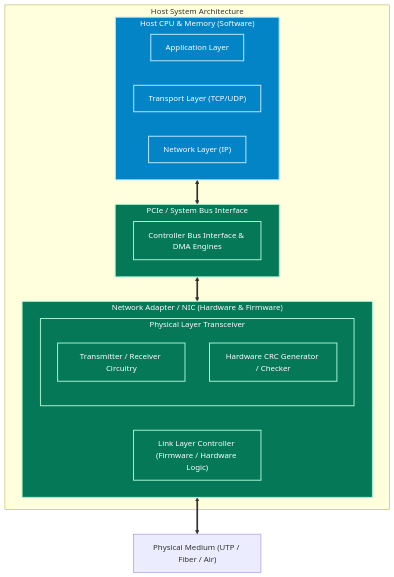
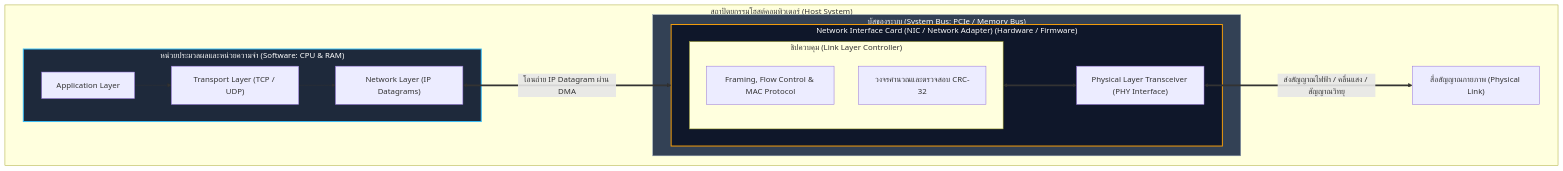
The second of 7 diagrams in 05_Wiki/Chapter_06_Link_Layer_and_Wireless/01_Lecture_06_Chapter_6_Link_Layer_and_LANs_v9.md (kanomoo/computer-network-and-Internet), drawn with Mermaid before and after one commit. The commit also changed other lines of this file and 8 other files, not shown here.

````diff
--- a/05_Wiki/Chapter_06_Link_Layer_and_Wireless/01_Lecture_06_Chapter_6_Link_Layer_and_LANs_v9.md
+++ b/05_Wiki/Chapter_06_Link_Layer_and_Wireless/01_Lecture_06_Chapter_6_Link_Layer_and_LANs_v9.md
@@ -196,31 +431,33 @@
 ```mermaid
 flowchart TD
-    subgraph HostArchitecture ["Host System Architecture"]
-        subgraph CPU_RAM ["Host CPU & Memory (Software)"]
+    subgraph HostArch ["สถาปัตยกรรมโฮสต์คอมพิวเตอร์ (Host System)"]
+        subgraph CPU_OS ["หน่วยประมวลผลและหน่วยความจำ (Software: CPU & RAM)"]
             APP["Application Layer"]
-            TRANS["Transport Layer (TCP/UDP)"]
-            NET["Network Layer (IP)"]
+            TRANS["Transport Layer (TCP / UDP)"]
+            NET["Network Layer (IP Datagrams)"]
+            APP --> TRANS --> NET
         end
 
-        subgraph SystemBus ["PCIe / System Bus Interface"]
-            BUS["Controller Bus Interface & DMA Engines"]
+        subgraph SystemBus ["บัสของระบบ (System Bus: PCIe / Memory Bus)"]
+            NET <===>|"โอนถ่าย IP Datagram ผ่าน DMA"| NIC
         end
 
-        subgraph NIC ["Network Adapter / NIC (Hardware & Firmware)"]
-            LL_SW["Link Layer Controller (Firmware / Hardware Logic)"]
-            subgraph PHY_CHIP ["Physical Layer Transceiver"]
-                TX_RX["Transmitter / Receiver Circuitry"]
-                CRC_GEN["Hardware CRC Generator / Checker"]
+        subgraph NIC ["Network Interface Card (NIC / Network Adapter) (Hardware / Firmware)"]
+            subgraph Controller ["ชิปควบคุม (Link Layer Controller)"]
+                LLC["Framing, Flow Control & MAC Protocol"]
+                CRC_ENG["วงจรคำนวณและตรวจสอบ CRC-32"]
             end
+            PHY["Physical Layer Transceiver (PHY Interface)"]
+            Controller <===> PHY
         end
+
+        PHY <===>|"ส่งสัญญาณไฟฟ้า / คลื่นแสง / สัญญาณวิทยุ"| PhysicalLink["สื่อสัญญาณกายภาพ (Physical Link)"]
     end
 
-    CPU_RAM <==> SystemBus
-    SystemBus <==> NIC
-    NIC <==> CABLE["Physical Medium (UTP / Fiber / Air)"]
-
-    classDef sw fill:#0284c7,stroke:#bae6fd,stroke-width:2px,color:#fff;
-    classDef hw fill:#047857,stroke:#a7f3d0,stroke-width:2px,color:#fff;
-    class CPU_RAM,APP,TRANS,NET sw;
-    class NIC,PHY_CHIP,TX_RX,CRC_GEN,SystemBus,BUS,LL_SW hw;
+    classDef soft fill:#1e293b,stroke:#38bdf8,stroke-width:2px,color:#fff;
+    classDef hard fill:#0f172a,stroke:#f59e0b,stroke-width:2px,color:#fff;
+    classDef bus fill:#334155,stroke:#94a3b8,stroke-width:1px,color:#fff;
+    class CPU_OS soft;
+    class NIC hard;
+    class SystemBus bus;
 ```
````
